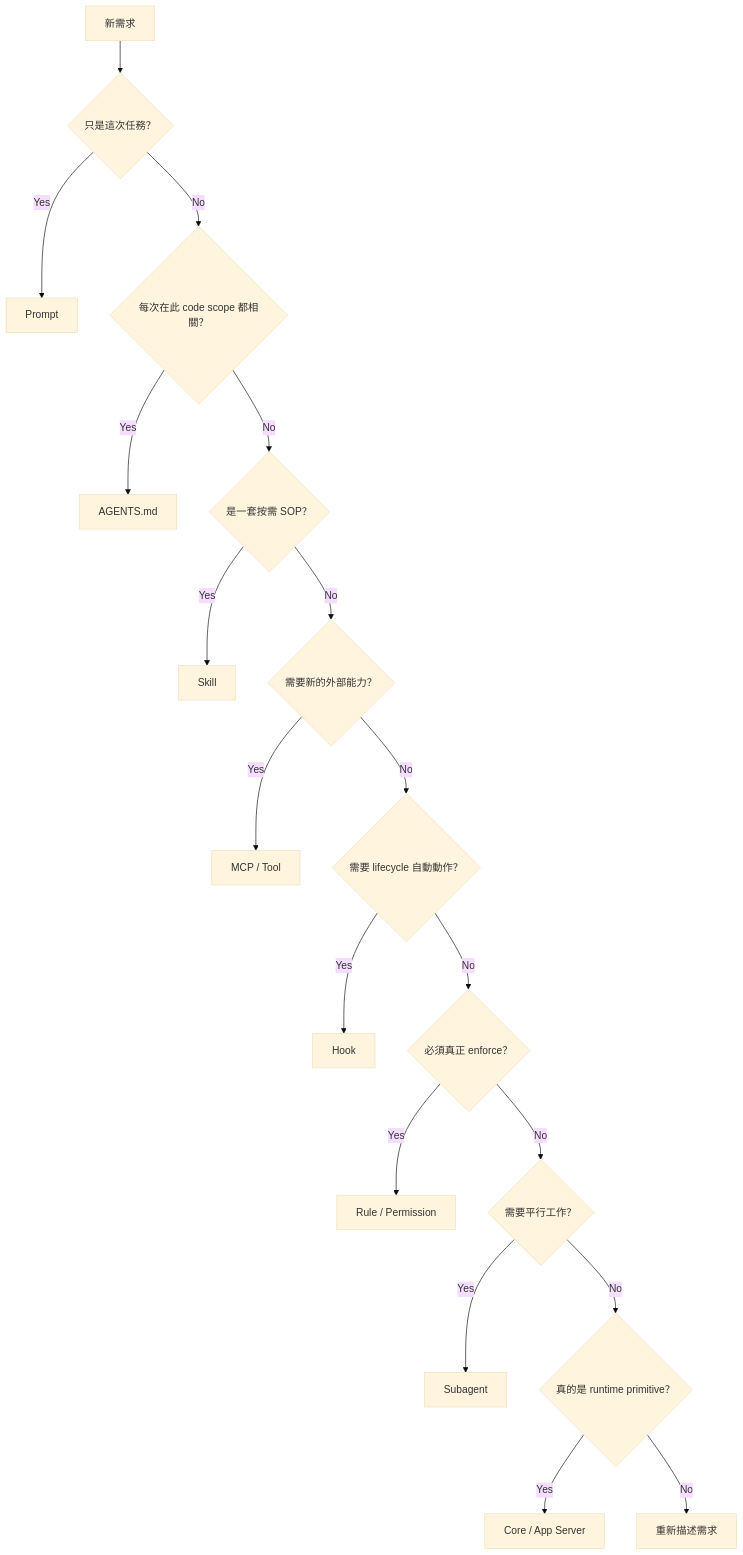
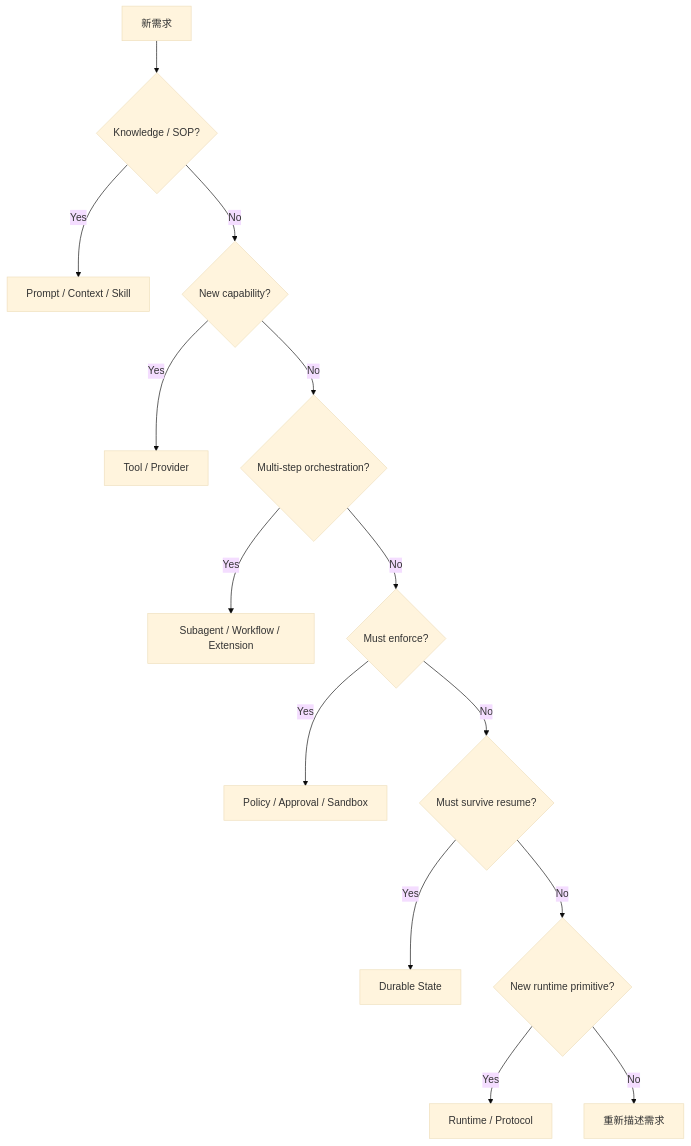
Before and after one commit to indigofeather/harness-book: the fourth of 4 diagrams in docs/applications/where-should-behavior-live.md, drawn with Mermaid (base theme). The commit also changed other lines of this file and 48 other files, not shown here.

````diff
--- a/docs/applications/where-should-behavior-live.md
+++ b/docs/applications/where-should-behavior-live.md
@@ -230,20 +344,16 @@
 ```mermaid
 flowchart TD
-  A[新需求] --> B{只是這次任務？}
-  B -->|Yes| P[Prompt]
-  B -->|No| C{每次在此 code scope 都相關？}
-  C -->|Yes| G[AGENTS.md]
-  C -->|No| D{是一套按需 SOP？}
-  D -->|Yes| S[Skill]
-  D -->|No| E{需要新的外部能力？}
-  E -->|Yes| M[MCP / Tool]
-  E -->|No| F{需要 lifecycle 自動動作？}
-  F -->|Yes| H[Hook]
-  F -->|No| I{必須真正 enforce？}
-  I -->|Yes| R[Rule / Permission]
-  I -->|No| J{需要平行工作？}
-  J -->|Yes| SA[Subagent]
-  J -->|No| K{真的是 runtime primitive？}
-  K -->|Yes| CORE[Core / App Server]
-  K -->|No| Z[重新描述需求]
+  A[新需求] --> B{Knowledge / SOP?}
+  B -->|Yes| K[Prompt / Context / Skill]
+  B -->|No| C{New capability?}
+  C -->|Yes| T[Tool / Provider]
+  C -->|No| D{Multi-step orchestration?}
+  D -->|Yes| O[Subagent / Workflow / Extension]
+  D -->|No| E{Must enforce?}
+  E -->|Yes| P[Policy / Approval / Sandbox]
+  E -->|No| S{Must survive resume?}
+  S -->|Yes| ST[Durable State]
+  S -->|No| R{New runtime primitive?}
+  R -->|Yes| CORE[Runtime / Protocol]
+  R -->|No| X[重新描述需求]
 ```
````
